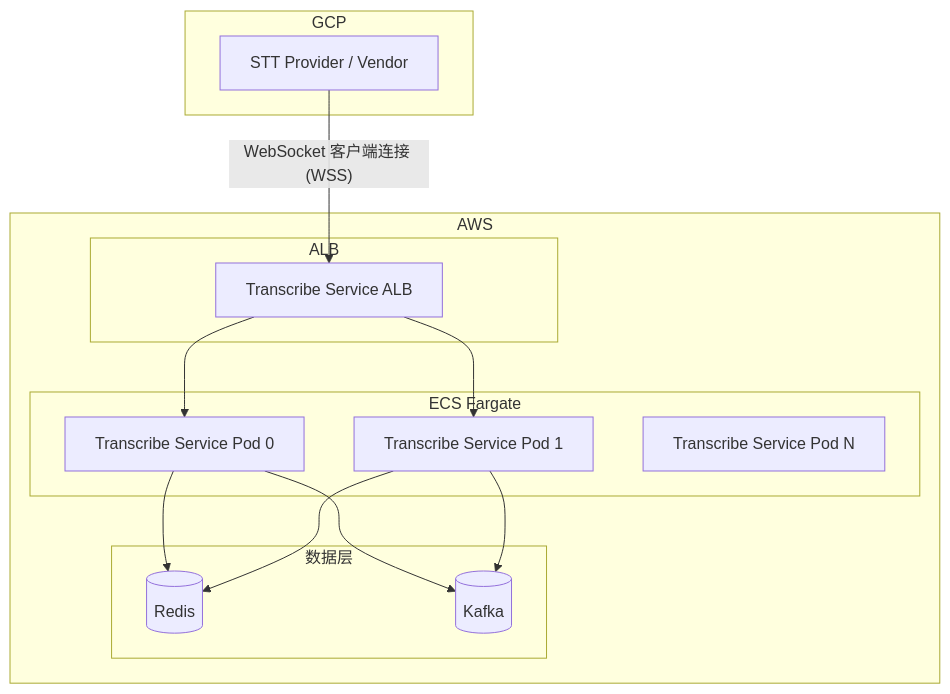
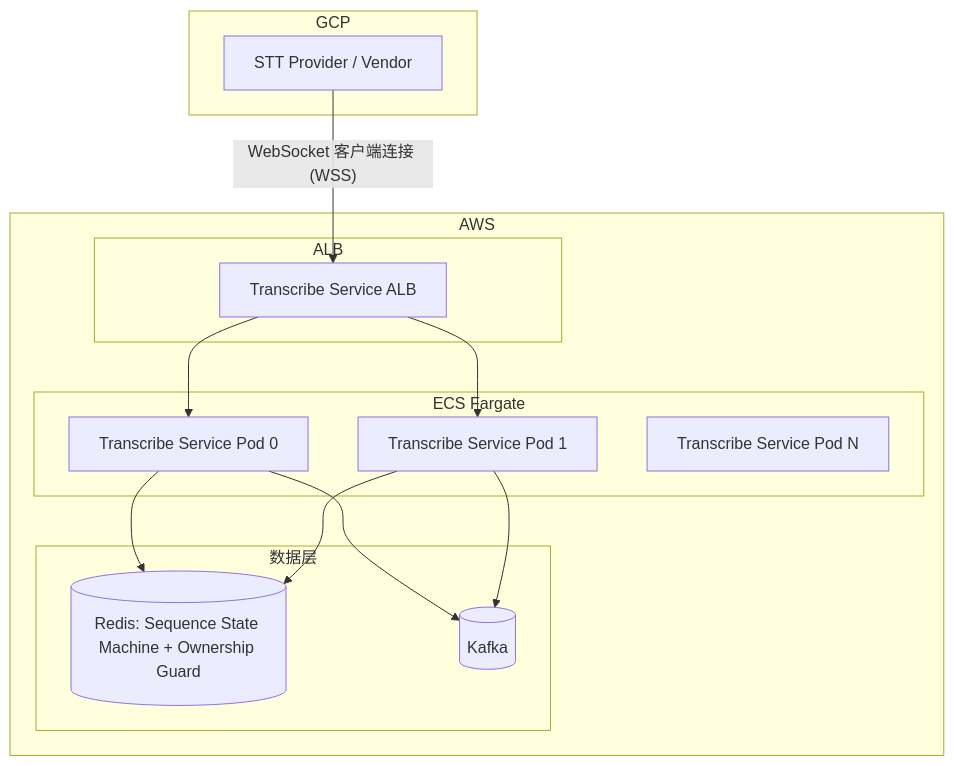
The first of 6 diagrams in design/application-design_zh.md (xiaodouya001/transcribe_service), drawn with Mermaid before and after one commit. The commit also changed other lines of this file and 44 other files, not shown here.

Commit message:
Align EOL contract and unify Redis ownership/state modules

````diff
--- a/design/application-design_zh.md
+++ b/design/application-design_zh.md
@@ -44,29 +44,29 @@
 ```mermaid
 flowchart TB
     subgraph GCP [GCP]
         Vendor[STT Provider / Vendor]
     end
 
     subgraph AWS [AWS]
         subgraph ALB [ALB]
             ALB1[Transcribe Service ALB]
         end
         subgraph ECS [ECS Fargate]
             Task0[Transcribe Service Pod 0]
             Task1[Transcribe Service Pod 1]
             TaskN[Transcribe Service Pod N]
         end
         subgraph Data [数据层]
-            Redis[(Redis)]
+            Redis[(Redis: Sequence State Machine + Ownership Guard)]
             Kafka[(Kafka)]
         end
     end
 
     Vendor -->|"WebSocket 客户端连接 (WSS)"| ALB1
     ALB1 --> Task0
     ALB1 --> Task1
     Task0 --> Redis
     Task0 --> Kafka
     Task1 --> Redis
     Task1 --> Kafka
 ```
````
